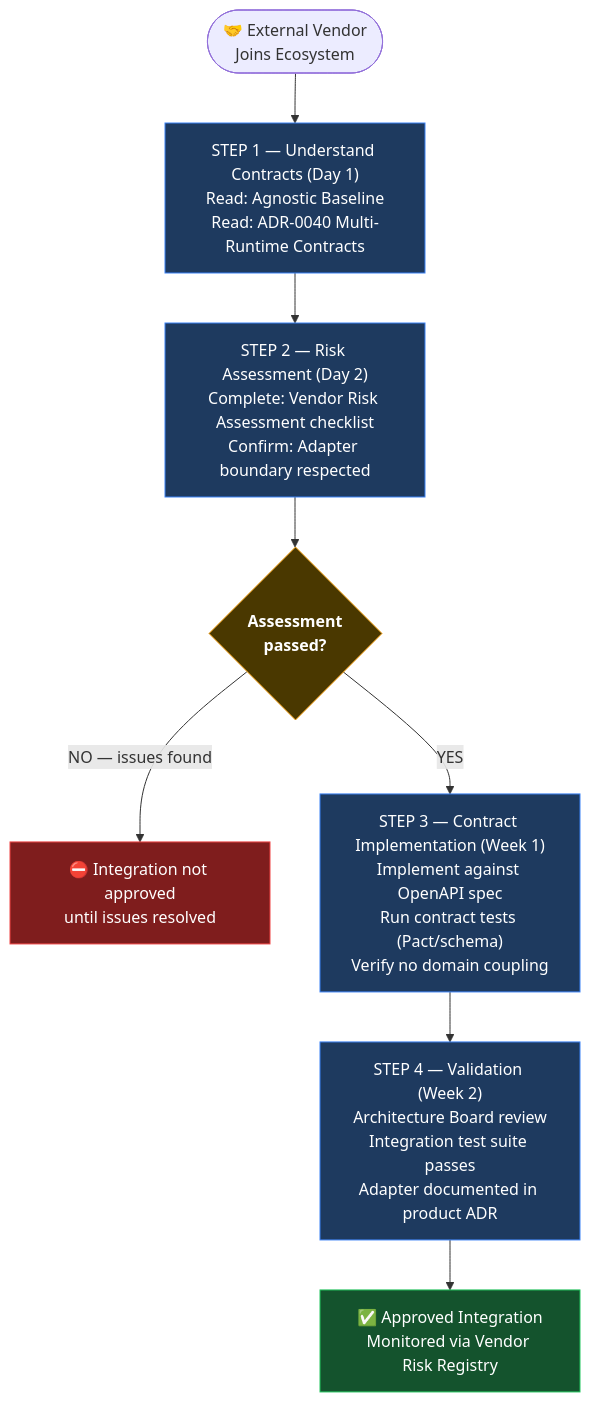
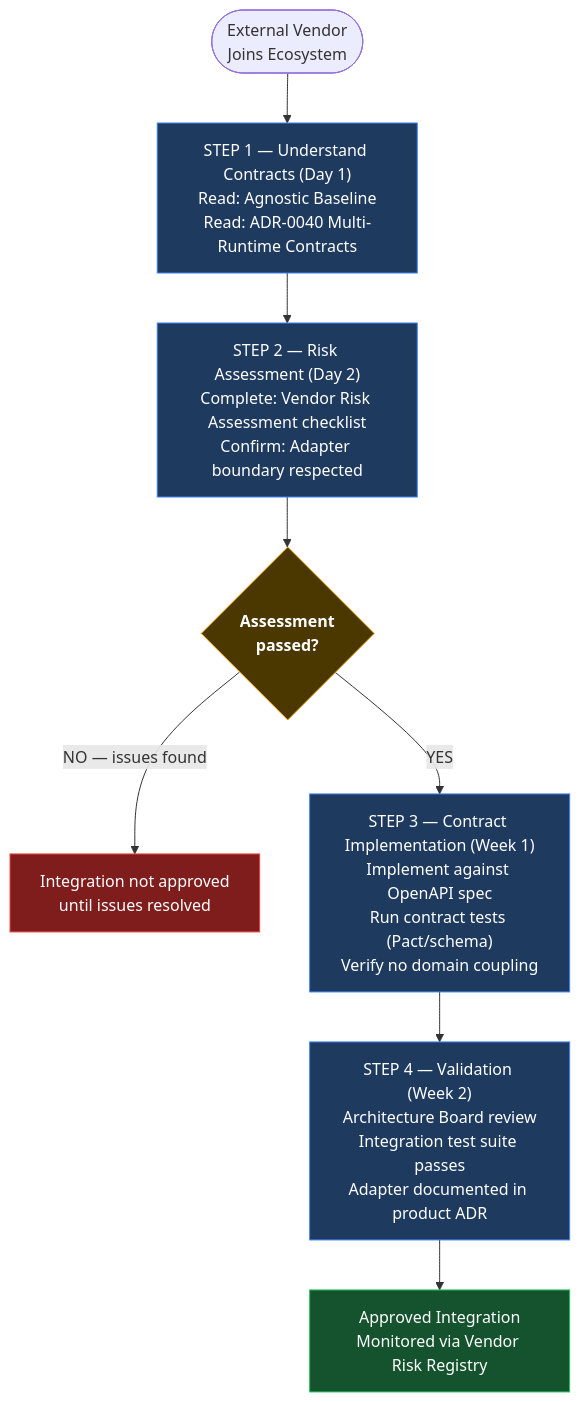
Before and after one commit to beyondnetcode/evolith_arch32: the seventh of 7 diagrams in reference/governance/standards/communication/visuals/v05-onboarding-journey-map.md, drawn with Mermaid. The commit also changed other lines of this file and 41 other files, not shown here.

````diff
--- a/reference/governance/standards/communication/visuals/v05-onboarding-journey-map.md
+++ b/reference/governance/standards/communication/visuals/v05-onboarding-journey-map.md
@@ -233,17 +233,17 @@
 ```mermaid
 flowchart TD
     classDef step fill:#1e3a5f,stroke:#3b82f6,color:#fff
     classDef gate fill:#4a3800,stroke:#f59e0b,color:#fff,font-weight:bold
     classDef doc fill:#14532d,stroke:#22c55e,color:#fff
     classDef stop fill:#7f1d1d,stroke:#ef4444,color:#fff
 
-    START(["🤝 External Vendor\nJoins Ecosystem"])
+    START([" External Vendor\nJoins Ecosystem"])
 
     START --> S1["STEP 1 — Understand Contracts (Day 1)\nRead: Agnostic Baseline\nRead: ADR-0040 Multi-Runtime Contracts"]:::step
     S1 --> S2["STEP 2 — Risk Assessment (Day 2)\nComplete: Vendor Risk Assessment checklist\nConfirm: Adapter boundary respected"]:::step
     S2 --> G1{"Assessment\npassed?"}:::gate
-    G1 -->|NO — issues found| STOP["⛔ Integration not approved\nuntil issues resolved"]:::stop
+    G1 -->|NO — issues found| STOP[" Integration not approved\nuntil issues resolved"]:::stop
     G1 -->|YES| S3["STEP 3 — Contract Implementation (Week 1)\nImplement against OpenAPI spec\nRun contract tests (Pact/schema)\nVerify no domain coupling"]:::step
     S3 --> S4["STEP 4 — Validation (Week 2)\nArchitecture Board review\nIntegration test suite passes\nAdapter documented in product ADR"]:::step
-    S4 --> DONE["✅ Approved Integration\nMonitored via Vendor Risk Registry"]:::doc
+    S4 --> DONE[" Approved Integration\nMonitored via Vendor Risk Registry"]:::doc
 ```
````
